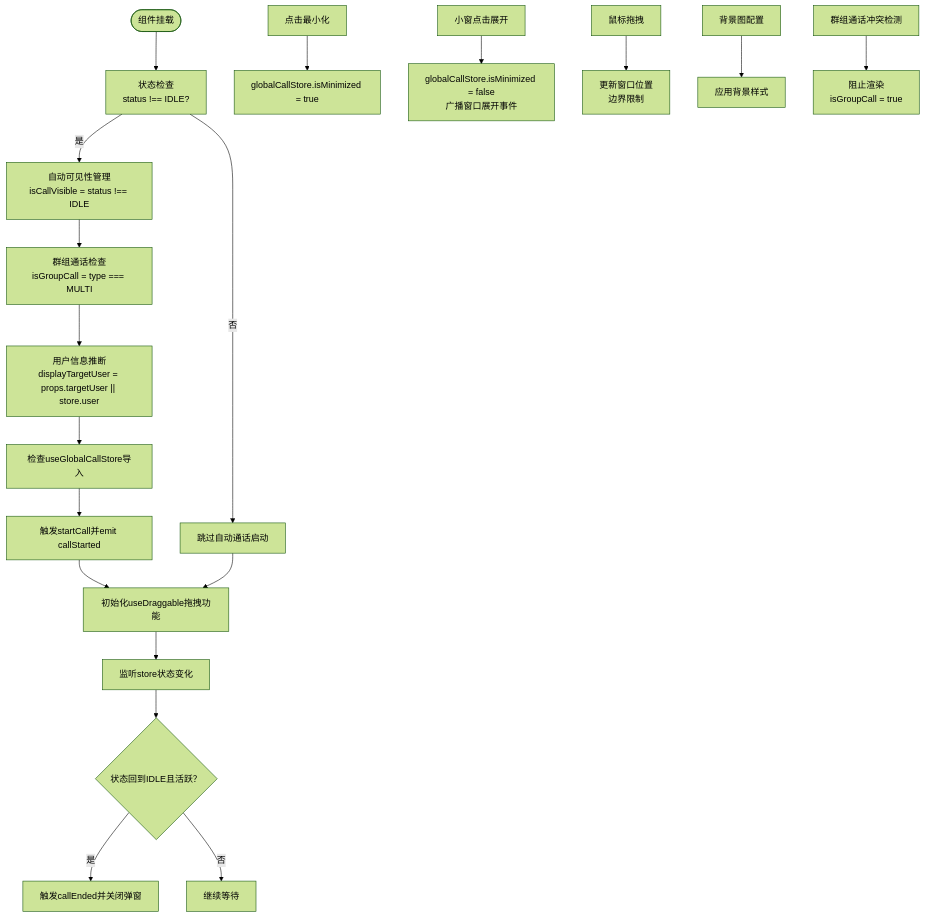
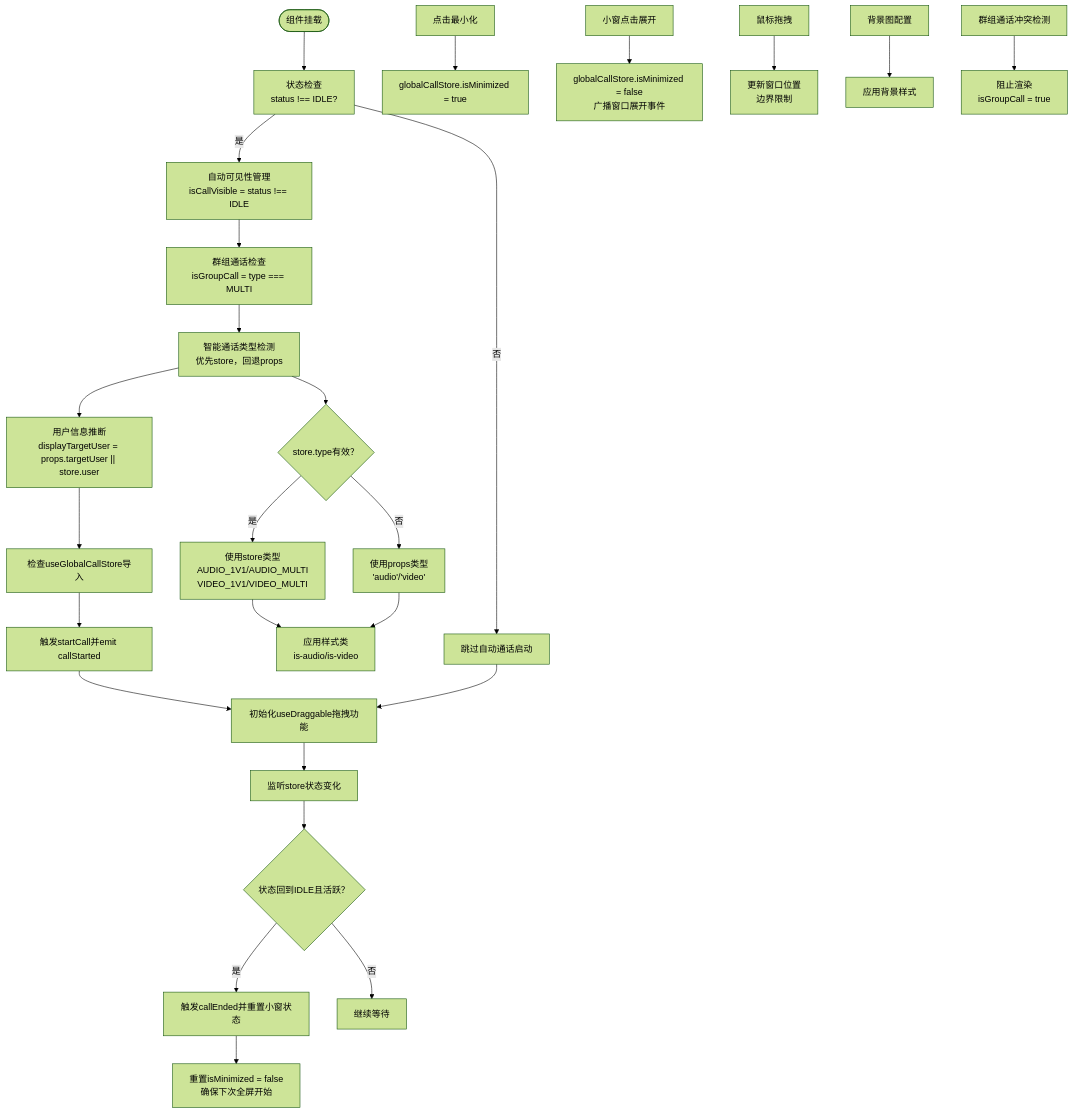
One commit to Easemob-Community/easemob-uikit-callkit-vue3 changed the third of 9 diagrams in .qoder/repowiki/zh/content/核心组件/单人通话组件/主组件 EasemobChatSingleCall.md. Above: the diagram before and after it, drawn with Mermaid (forest theme). The commit also changed other lines of this file and 58 other files, not shown here.

````diff
--- a/.qoder/repowiki/zh/content/核心组件/单人通话组件/主组件 EasemobChatSingleCall.md
+++ b/.qoder/repowiki/zh/content/核心组件/单人通话组件/主组件 EasemobChatSingleCall.md
@@ -206,21 +223,28 @@
 ```mermaid
 flowchart TD
 Start(["组件挂载"]) --> StateCheck["状态检查<br/>status !== IDLE?"]
 StateCheck --> |是| AutoVisibility["自动可见性管理<br/>isCallVisible = status !== IDLE"]
 StateCheck --> |否| SkipCall["跳过自动通话启动"]
 AutoVisibility --> GroupCheck["群组通话检查<br/>isGroupCall = type === MULTI"]
-GroupCheck --> UserInference["用户信息推断<br/>displayTargetUser = props.targetUser || store.user"]
+GroupCheck --> TypeDetection["智能通话类型检测<br/>优先store，回退props"]
+TypeDetection --> UserInference["用户信息推断<br/>displayTargetUser = props.targetUser || store.user"]
 UserInference --> ImportCheck["检查useGlobalCallStore导入"]
 ImportCheck --> Init["触发startCall并emit callStarted"]
 Init --> DragInit["初始化useDraggable拖拽功能"]
 SkipCall --> DragInit
 DragInit --> Watch["监听store状态变化"]
 Watch --> StatusIdle{"状态回到IDLE且活跃？"}
-StatusIdle --> |是| EndCall["触发callEnded并关闭弹窗"]
+StatusIdle --> |是| EndCall["触发callEnded并重置小窗状态"]
 StatusIdle --> |否| Wait["继续等待"]
 Minimize["点击最小化"] --> SetMin["globalCallStore.isMinimized = true"]
 Expand["小窗点击展开"] --> SetMax["globalCallStore.isMinimized = false<br/>广播窗口展开事件"]
 Drag["鼠标拖拽"] --> DragMove["更新窗口位置<br/>边界限制"]
 Background["背景图配置"] --> BGStyle["应用背景样式"]
 GroupConflict["群组通话冲突检测"] --> PreventRender["阻止渲染<br/>isGroupCall = true"]
+TypeDetection --> StoreType{"store.type有效？"}
+StoreType --> |是| UseStore["使用store类型<br/>AUDIO_1V1/AUDIO_MULTI<br/>VIDEO_1V1/VIDEO_MULTI"]
+StoreType --> |否| UseProps["使用props类型<br/>'audio'/'video'"]
+UseStore --> ApplyClass["应用样式类<br/>is-audio/is-video"]
+UseProps --> ApplyClass
+EndCall --> ResetMin["重置isMinimized = false<br/>确保下次全屏开始"]
 ```
````
